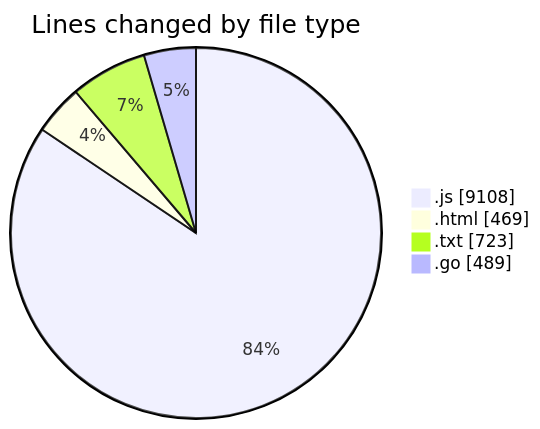
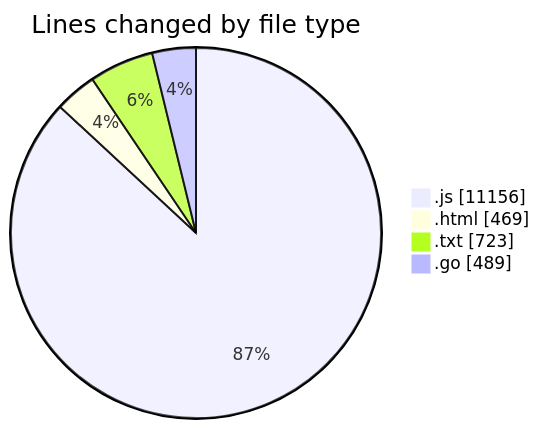
One commit to robertbonfada/code-tracking changed the first of 2 diagrams in 2025-03-03/kart-online/README.md. Above: the diagram before and after it, drawn with Mermaid. The commit also changed other lines of this file and 1 other file, not shown here.

````diff
--- a/2025-03-03/kart-online/README.md
+++ b/2025-03-03/kart-online/README.md
@@ -41,8 +42,8 @@
 ```mermaid
 pie showData
 title Lines changed by file type
-".js" : 9108
+".js" : 11156
 ".html" : 469
 ".txt" : 723
 ".go" : 489
 ```
````
